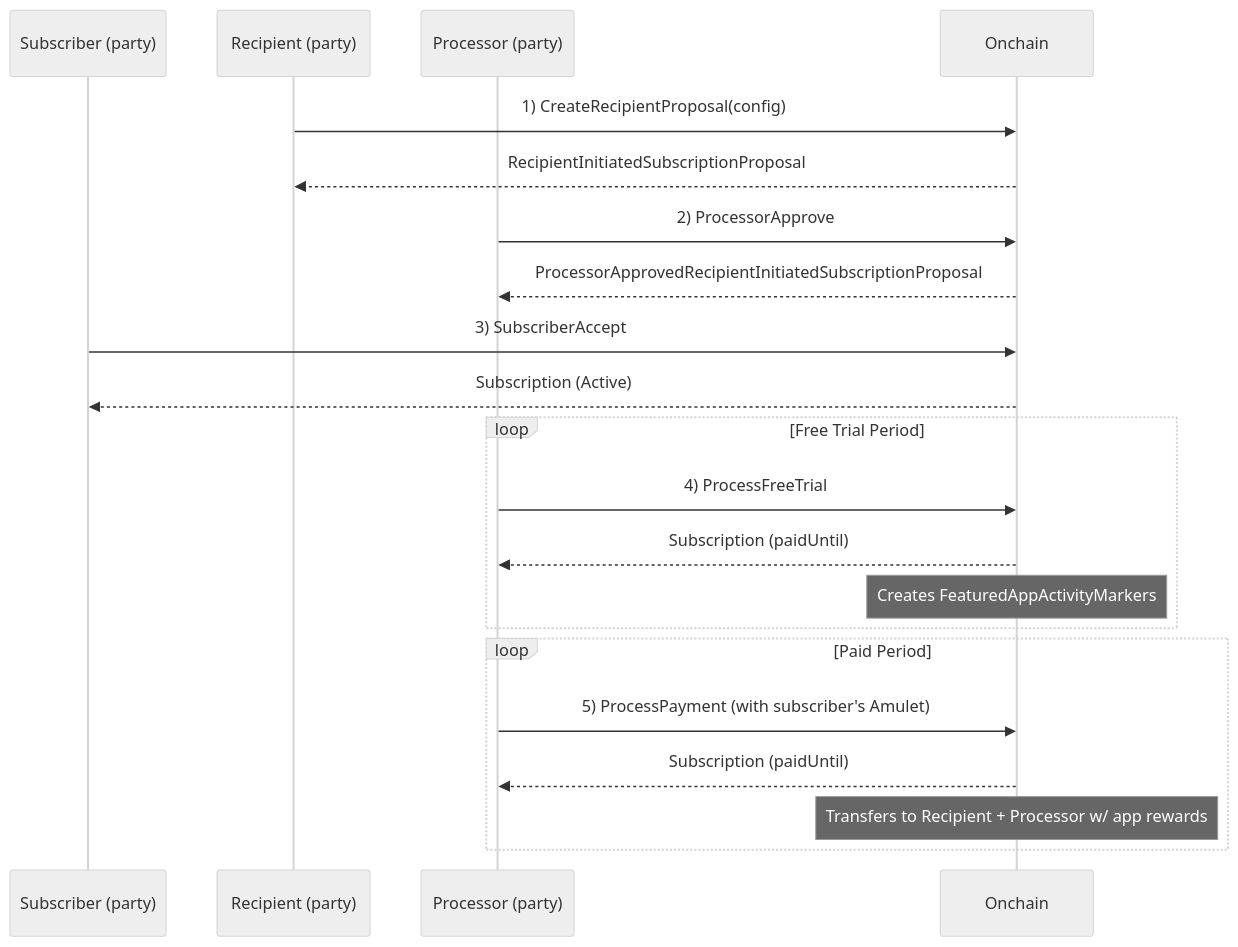
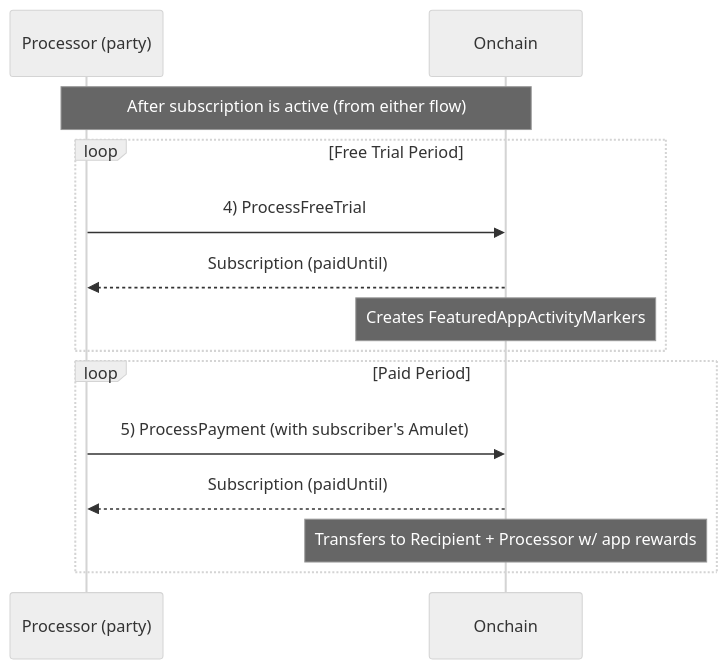
One commit to Fairmint/open-captable-protocol-daml changed the third of 7 diagrams in Subscriptions-v01/README.md. Above: the diagram before and after it, drawn with Mermaid (neutral theme). The commit also changed other lines of this file and 18 other files, not shown here.

````diff
--- a/Subscriptions-v01/README.md
+++ b/Subscriptions-v01/README.md
@@ -71,28 +87,19 @@
 ```mermaid
 sequenceDiagram
-    participant S as Subscriber (party)
-    participant R as Recipient (party)
     participant P as Processor (party)
     participant O as Onchain
     
-    R->>O: 1) CreateRecipientProposal(config)
-    O-->>R: RecipientInitiatedSubscriptionProposal
-    
-    P->>O: 2) ProcessorApprove
-    O-->>P: ProcessorApprovedRecipientInitiatedSubscriptionProposal
-    
-    S->>O: 3) SubscriberAccept
-    O-->>S: Subscription (Active)
+    Note over P,O: After subscription is active (from either flow)
     
     loop Free Trial Period
         P->>O: 4) ProcessFreeTrial
         O-->>P: Subscription (paidUntil)
         Note over O: Creates FeaturedAppActivityMarkers
     end
     
     loop Paid Period
         P->>O: 5) ProcessPayment (with subscriber's Amulet)
         O-->>P: Subscription (paidUntil)
         Note over O: Transfers to Recipient + Processor w/ app rewards
     end
 ```
````
